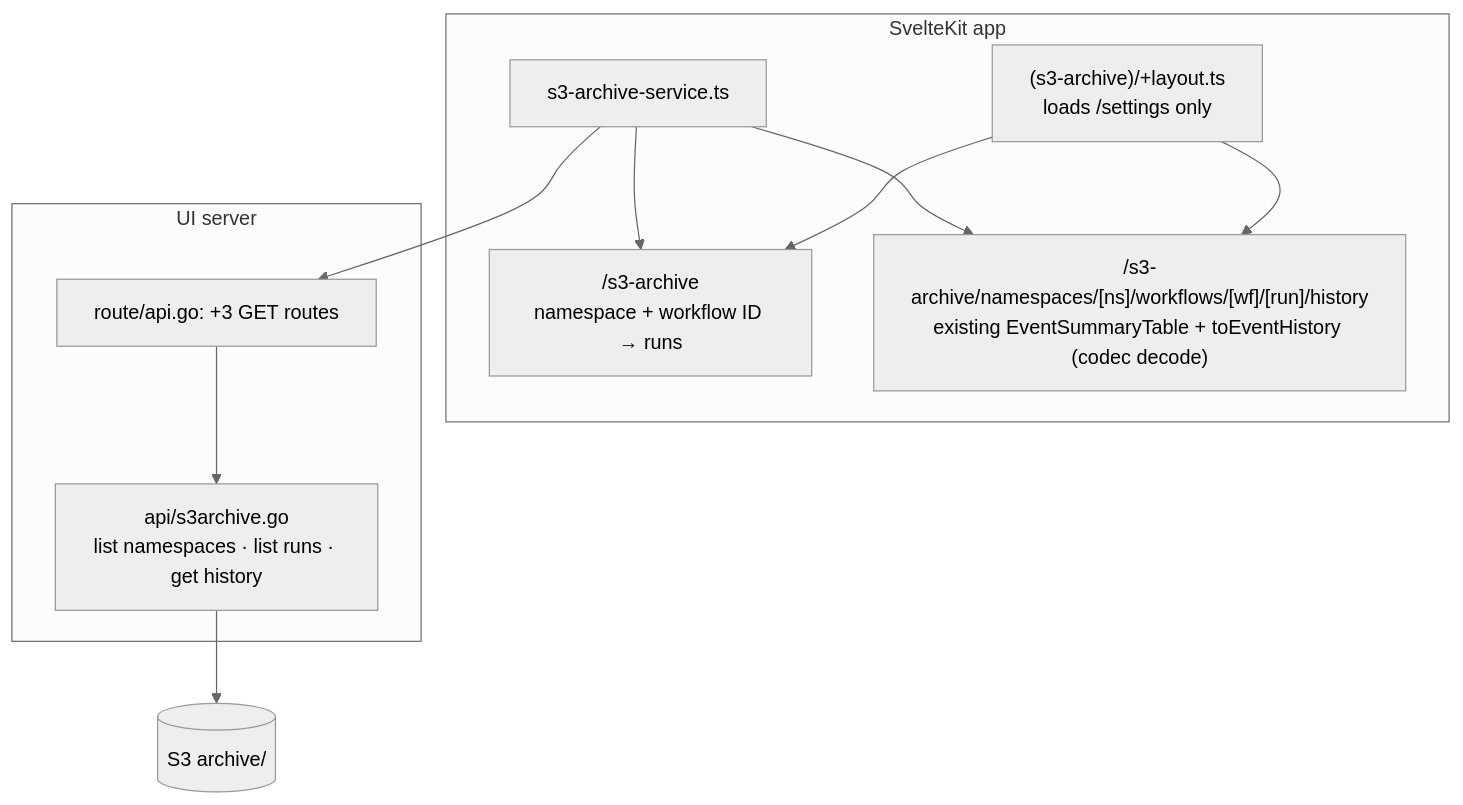
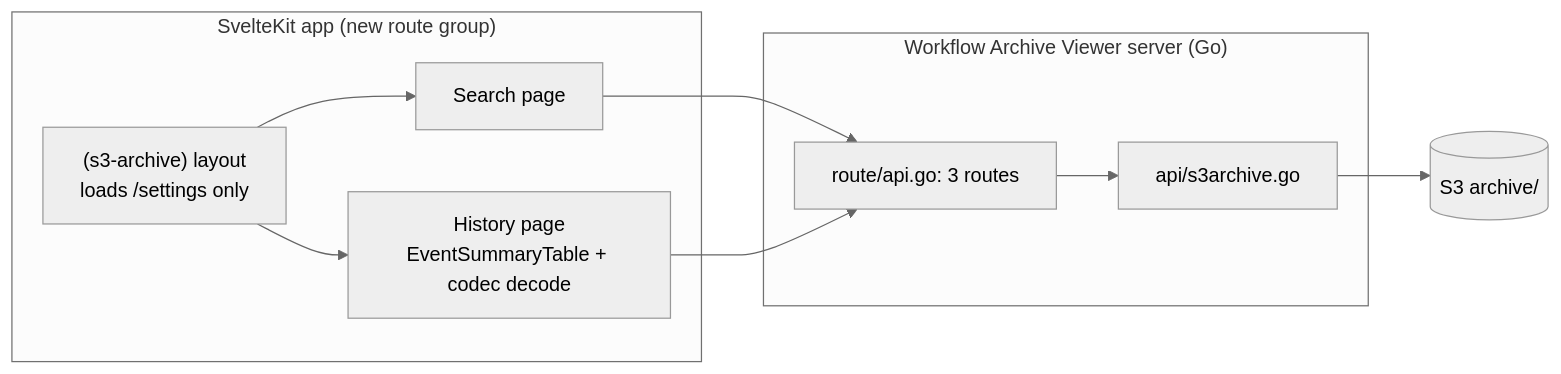
Before and after one commit to technoidentity-kuncha/temporal-cloud-elk-kit: the fourth of 4 diagrams in s3-archive/README.md, drawn with Mermaid (neutral theme). The commit also changed other lines of this file, not shown here.

Commit message:
docs: clarify archive viewer setup and trigger options

````diff
--- a/s3-archive/README.md
+++ b/s3-archive/README.md
@@ -87,13 +201,12 @@
 ```mermaid
-flowchart TB
-  subgraph Browser[SvelteKit app]
-    L["(s3-archive)/+layout.ts<br/>loads /settings only"] --> P1["/s3-archive<br/>namespace + workflow ID → runs"]
-    L --> P2["/s3-archive/namespaces/[ns]/workflows/[wf]/[run]/history<br/>existing EventSummaryTable + toEventHistory (codec decode)"]
-    SVC[s3-archive-service.ts] --> P1 & P2
+flowchart LR
+  subgraph Web["SvelteKit app (new route group)"]
+    L["(s3-archive) layout<br/>loads /settings only"] --> P1[Search page]
+    L --> P2["History page<br/>EventSummaryTable + codec decode"]
   end
-  subgraph Go[UI server]
-    R["route/api.go: +3 GET routes"] --> H["api/s3archive.go<br/>list namespaces · list runs · get history"]
+  subgraph Go["Workflow Archive Viewer server (Go)"]
+    R["route/api.go: 3 routes"] --> H["api/s3archive.go"]
   end
-  SVC --> R
+  P1 & P2 --> R
   H --> S3[(S3 archive/)]
 ```
````
